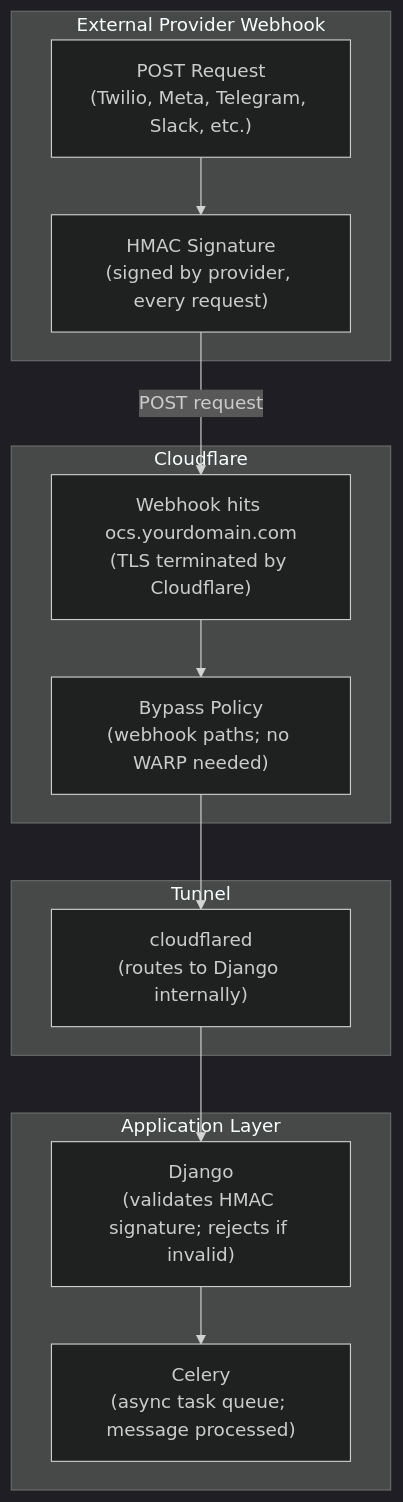
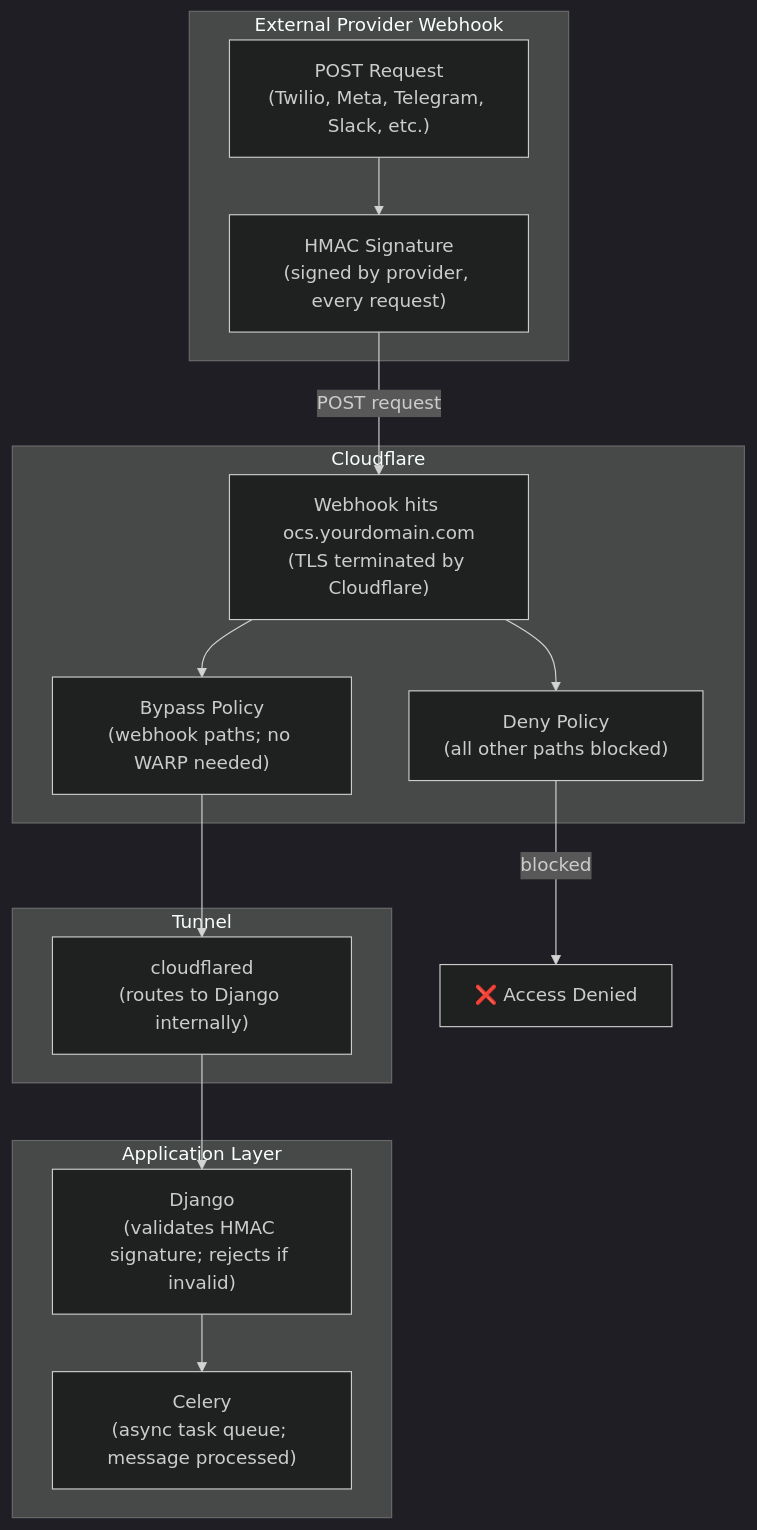
Before and after one commit to dimagi/open-chat-studio: the second of 2 diagrams in docs/hosting/cloudflare_tunnel.md, drawn with Mermaid (dark theme). The commit also changed other lines of this file and 4 other files, not shown here.

````diff
--- a/docs/hosting/cloudflare_tunnel.md
+++ b/docs/hosting/cloudflare_tunnel.md
@@ -323,28 +329,31 @@
 ```mermaid
 flowchart TD
     subgraph EXT["External Provider Webhook"]
         POST["POST Request<br/>(Twilio, Meta, Telegram, Slack, etc.)"]
         HMAC["HMAC Signature<br/>(signed by provider, every request)"]
         POST --> HMAC
     end
 
     subgraph CF["Cloudflare"]
         HIT["Webhook hits ocs.yourdomain.com<br/>(TLS terminated by Cloudflare)"]
         BYPASS["Bypass Policy<br/>(webhook paths; no WARP needed)"]
+        DENY["Deny Policy<br/>(all other paths blocked)"]
         HIT --> BYPASS
+        HIT --> DENY
     end
 
     subgraph TUN["Tunnel"]
         TUNNEL["cloudflared<br/>(routes to Django internally)"]
     end
 
     subgraph APP["Application Layer"]
         DJANGO["Django<br/>(validates HMAC signature; rejects if invalid)"]
         CELERY["Celery<br/>(async task queue; message processed)"]
         DJANGO --> CELERY
     end
 
     HMAC -->|POST request| HIT
     BYPASS --> TUNNEL
+    DENY -->|blocked| X["❌ Access Denied"]
     TUNNEL --> DJANGO
 ```
````
